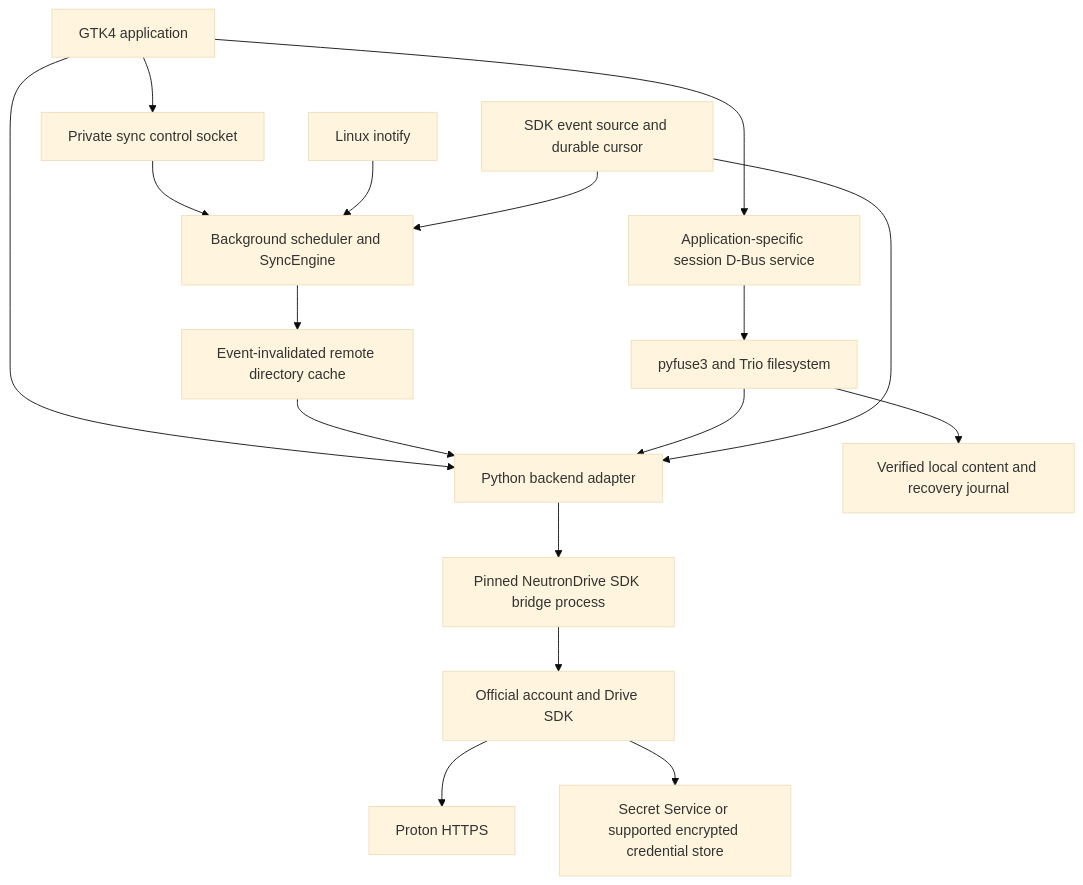
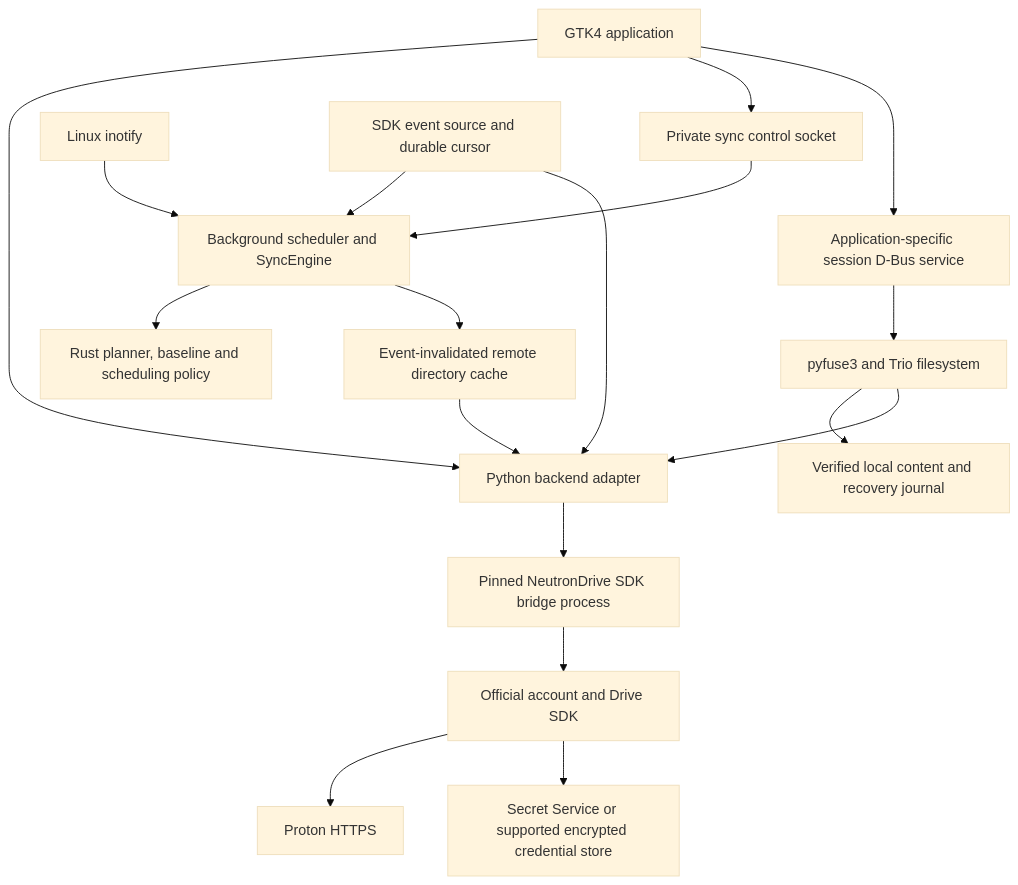
Before and after one commit to SigmaCodez/NeutronDrive: the diagram in docs/ARCHITECTURE.md, drawn with Mermaid (base theme). The commit also changed other lines of this file and 543 other files, not shown here.

Commit message:
Migrate sync decisions and background scheduling to a packaged Rust core

````diff
--- a/docs/ARCHITECTURE.md
+++ b/docs/ARCHITECTURE.md
@@ -3,19 +3,20 @@
 ```mermaid
 flowchart TD
     GTK[GTK4 application] --> Backend[Python backend adapter]
     GTK --> IPC[Private sync control socket]
     IPC --> Sync[Background scheduler and SyncEngine]
+    Sync --> Rust[Rust planner, baseline and scheduling policy]
     Inotify[Linux inotify] --> Sync
     Events[SDK event source and durable cursor] --> Sync
     Sync --> Cache[Event-invalidated remote directory cache]
     Cache --> Backend
     GTK --> DBus[Application-specific session D-Bus service]
     DBus --> FUSE[pyfuse3 and Trio filesystem]
     FUSE --> Content[Verified local content and recovery journal]
     FUSE --> Backend
     Events --> Backend
     Backend --> CLI[Pinned NeutronDrive SDK bridge process]
     CLI --> SDK[Official account and Drive SDK]
     SDK --> Proton[Proton HTTPS]
     SDK --> Keyring[Secret Service or supported encrypted credential store]
 ```
````
